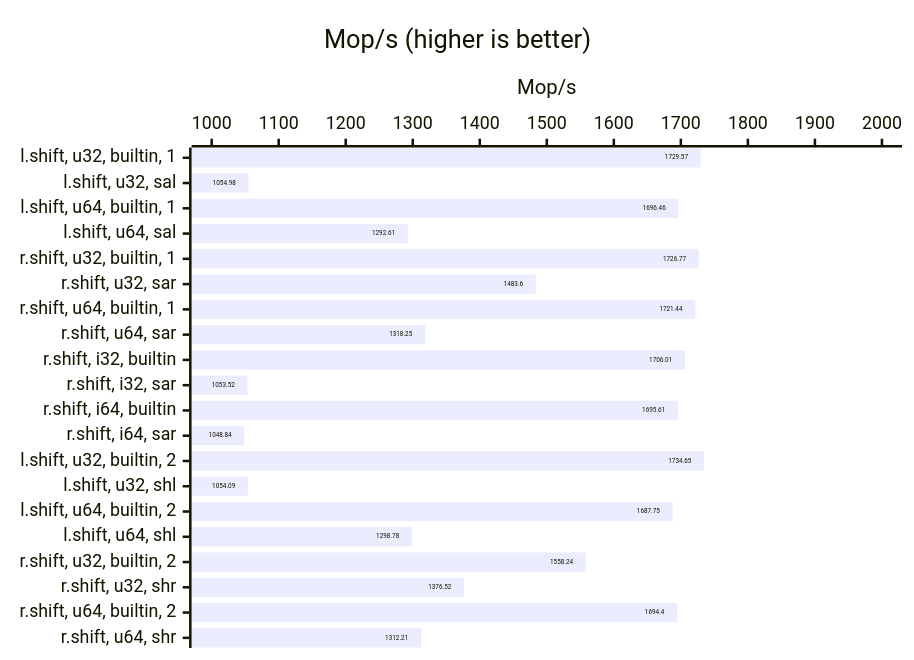
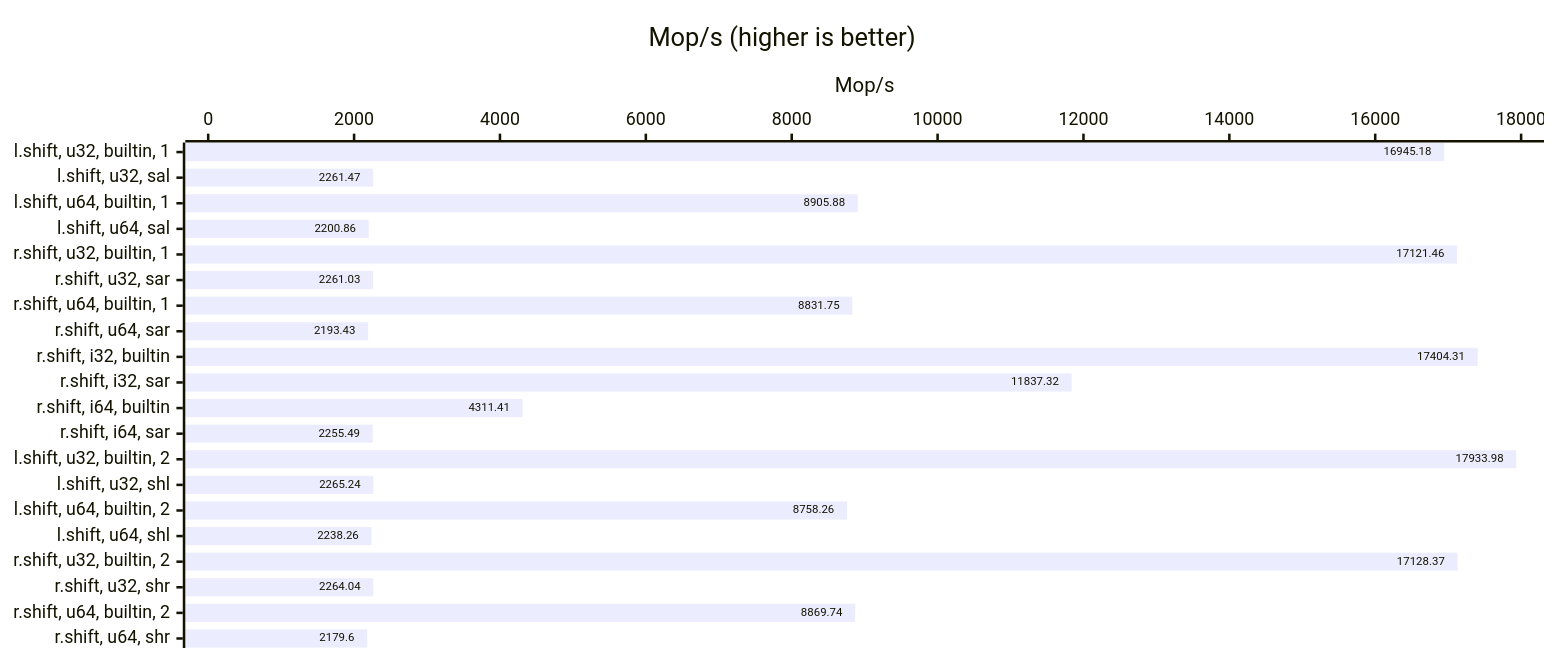
Before and after one commit to ttldtor/bits: the fifth of 44 diagrams in Benchmarks.md, drawn with Mermaid. The commit also changed other lines of this file and 1 other file, not shown here.

````diff
--- a/Benchmarks.md
+++ b/Benchmarks.md
@@ -509,15 +230,16 @@
 ```mermaid
 ---
 config:
     xyChart:
         showDataLabel: true
+        width: 1200
     yAxis:
         showLabel: false
         showAxisLine: false
 ---
 xychart-beta horizontal
 title "Mop/s (higher is better)"
-y-axis "Mop/s" 1000 --> 2000
+y-axis "Mop/s" 0 --> 18000
 x-axis ["l.shift, u32, builtin, 1", "l.shift, u32, sal", "l.shift, u64, builtin, 1", "l.shift, u64, sal", "r.shift, u32, builtin, 1", "r.shift, u32, sar", "r.shift, u64, builtin, 1", "r.shift, u64, sar", "r.shift, i32, builtin", "r.shift, i32, sar", "r.shift, i64, builtin", "r.shift, i64, sar", "l.shift, u32, builtin, 2", "l.shift, u32, shl", "l.shift, u64, builtin, 2", "l.shift, u64, shl", "r.shift, u32, builtin, 2", "r.shift, u32, shr", "r.shift, u64, builtin, 2", "r.shift, u64, shr"]
-bar [1729.57, 1054.98, 1696.46, 1292.61, 1726.77, 1483.60, 1721.44, 1318.25, 1706.01, 1053.52, 1695.61, 1048.84, 1734.65, 1054.09, 1687.75, 1298.78, 1558.24, 1376.52, 1694.40, 1312.21]
+bar [16945.18, 2261.47, 8905.88, 2200.86, 17121.46, 2261.03, 8831.75, 2193.43, 17404.31, 11837.32, 4311.41, 2255.49, 17933.98, 2265.24, 8758.26, 2238.26, 17128.37, 2264.04, 8869.74, 2179.60]
 ```
````
